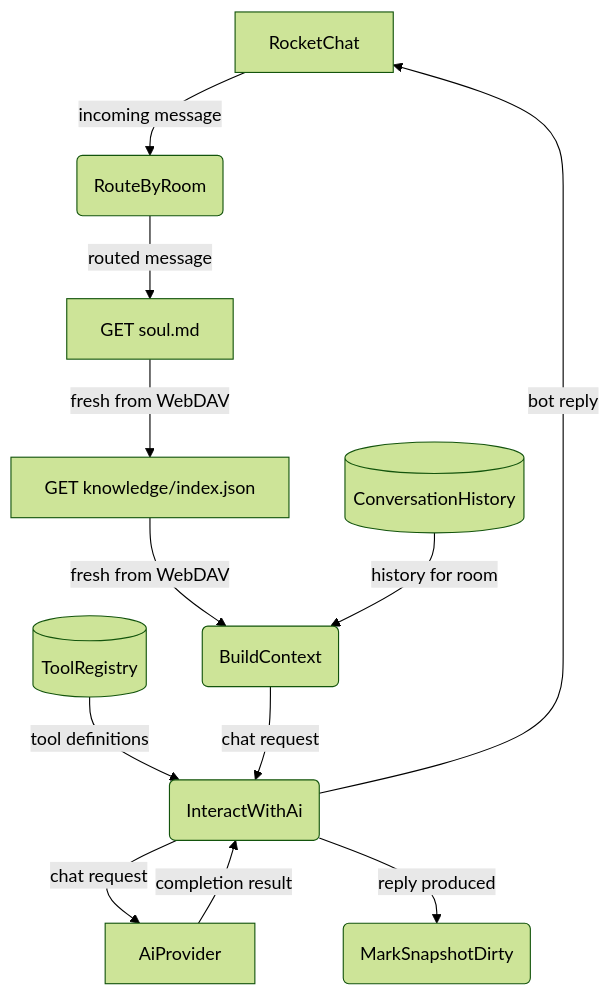
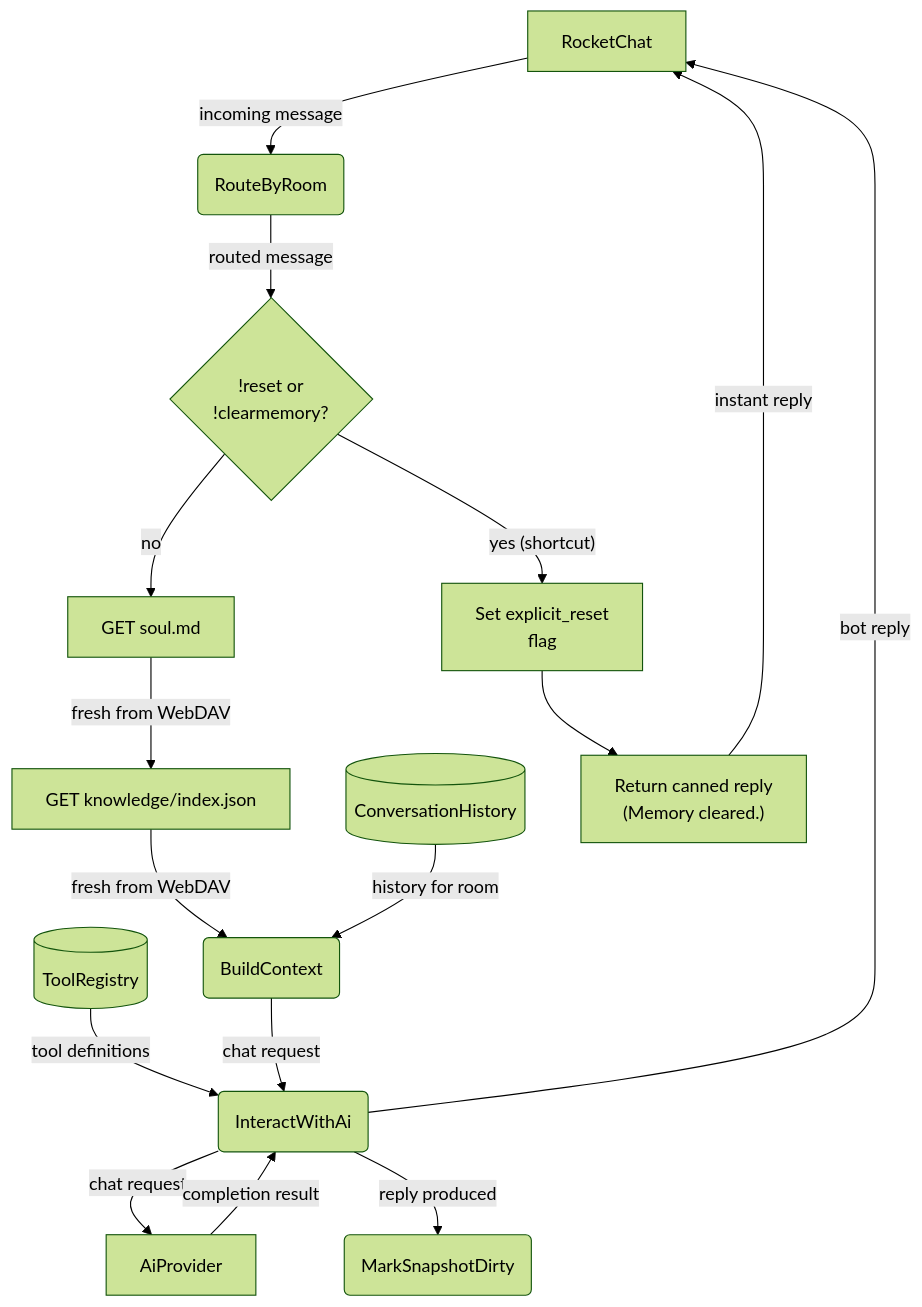
One commit to cosmoswafer/rockbot changed the first of 10 diagrams in _dfd/agent/agent-harness.md. Above: the diagram before and after it, drawn with Mermaid (forest theme). The commit also changed 3 other files, not shown here.

First line of the commit message:
perf(harness): skip LLM round-trip for !reset and !clearmemory commands (closes #57)

````diff
--- a/_dfd/agent/agent-harness.md
+++ b/_dfd/agent/agent-harness.md
@@ -45,25 +45,32 @@
 ```mermaid
 flowchart TD
     RC[RocketChat]
     ROUTE(RouteByRoom)
     SOUL["GET soul.md"]
     KNOWLEDGE["GET knowledge/index.json"]
     CTX(BuildContext)
     MEM[(ConversationHistory)]
     TOOLS_DEF[(ToolRegistry)]
     INTERACT(InteractWithAi)
     AI[AiProvider]
     MRK_DIRTY(MarkSnapshotDirty)
+    RESET_CMD{"!reset or<br/>!clearmemory?"}
+    RESET_REPLY["Return canned reply<br/>(Memory cleared.)"]
+    RESET_FLAG["Set explicit_reset<br/>flag"]
 
     RC -->|"incoming message"| ROUTE
-    ROUTE -->|"routed message"| SOUL
+    ROUTE -->|"routed message"| RESET_CMD
+    RESET_CMD -->|"yes (shortcut)"| RESET_FLAG
+    RESET_FLAG --> RESET_REPLY
+    RESET_REPLY -->|"instant reply"| RC
+    RESET_CMD -->|"no"| SOUL
     SOUL -->|"fresh from WebDAV"| KNOWLEDGE
     KNOWLEDGE -->|"fresh from WebDAV"| CTX
     MEM -->|"history for room"| CTX
     TOOLS_DEF -->|"tool definitions"| INTERACT
     CTX -->|"chat request"| INTERACT
     INTERACT -->|"chat request"| AI
     AI -->|"completion result"| INTERACT
     INTERACT -->|"bot reply"| RC
     INTERACT -->|"reply produced"| MRK_DIRTY
 ```
````
